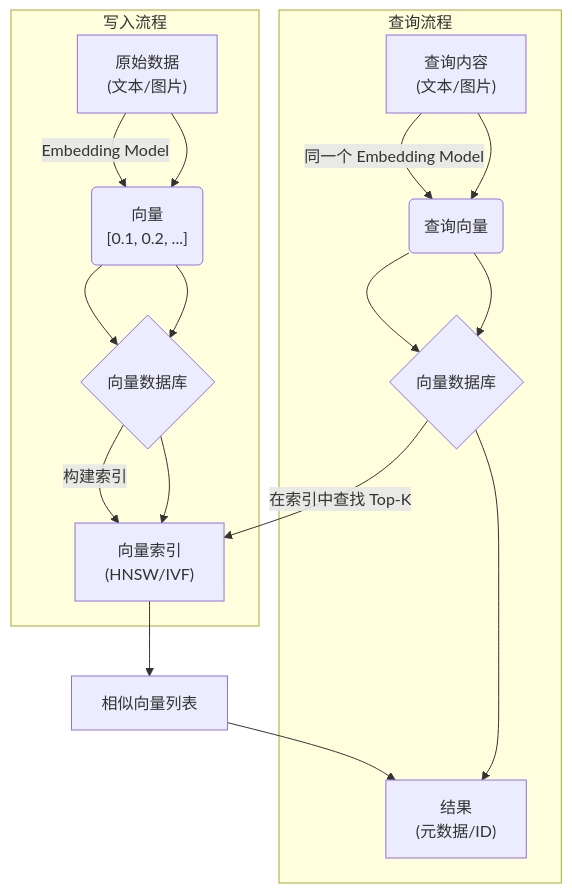
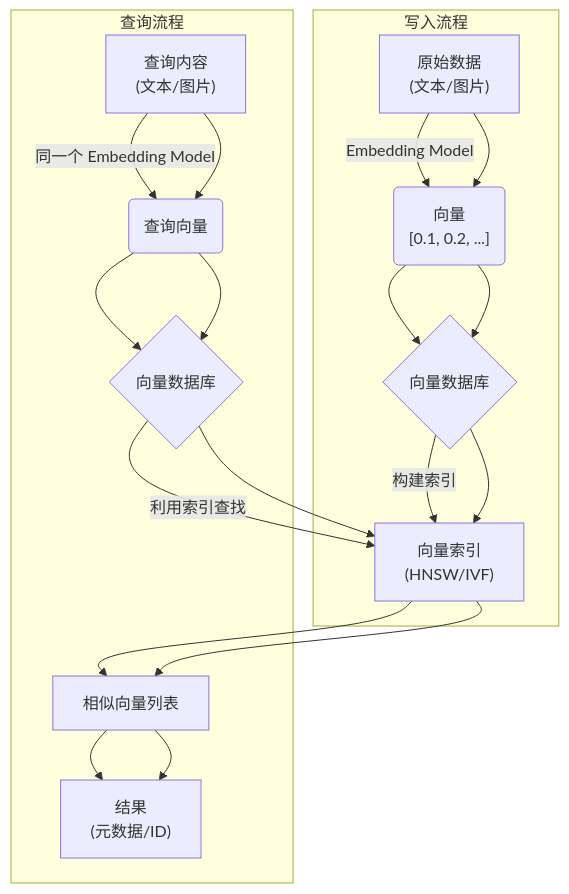
Before and after one commit to iheCoder/code_for_article: the diagram in db/vdb/从 Redis 和 MySQL 到向量数据库：你的下一代数据存储利器.md, drawn with Mermaid. The commit also changed other lines of this file, not shown here.

Commit message:
从 Redis 和 MySQL 到向量数据库：你的下一代数据存储利器 md revise by gemini advice executed by clade 4

````diff
--- a/db/vdb/从 Redis 和 MySQL 到向量数据库：你的下一代数据存储利器.md
+++ b/db/vdb/从 Redis 和 MySQL 到向量数据库：你的下一代数据存储利器.md
@@ -63,18 +62,20 @@
 ```mermaid
 graph TD
-    A["原始数据<br/>(文本/图片)"] -->|Embedding Model| B("向量<br/>[0.1, 0.2, ...]");
-    B --> C{向量数据库};
-    C -->|构建索引| D["向量索引<br/>(HNSW/IVF)"];
+    A["原始数据<br/>(文本/图片)"] -->|Embedding Model| B("向量<br/>[0.1, 0.2, ...]")
+    B --> C{向量数据库}
+    C -->|构建索引| D["向量索引<br/>(HNSW/IVF)"]
+
     subgraph 写入流程
-        A --> B --> C --> D;
+        A --> B --> C --> D
     end
 
-    E["查询内容<br/>(文本/图片)"] -->|同一个 Embedding Model| F(查询向量);
-    F --> G{向量数据库};
-    G -- " 在索引中查找 Top-K " --> D;
-    D --> H[相似向量列表];
-    H --> I["结果<br/>(元数据/ID)"];
+    E["查询内容<br/>(文本/图片)"] -->|同一个 Embedding Model| F(查询向量)
+    F --> G{向量数据库}
+    G -->|利用索引查找| D
+    D --> H[相似向量列表]
+    H --> I["结果<br/>(元数据/ID)"]
+
     subgraph 查询流程
-        E --> F --> G --> I;
+        E --> F --> G --> D --> H --> I
     end
 ```
````
